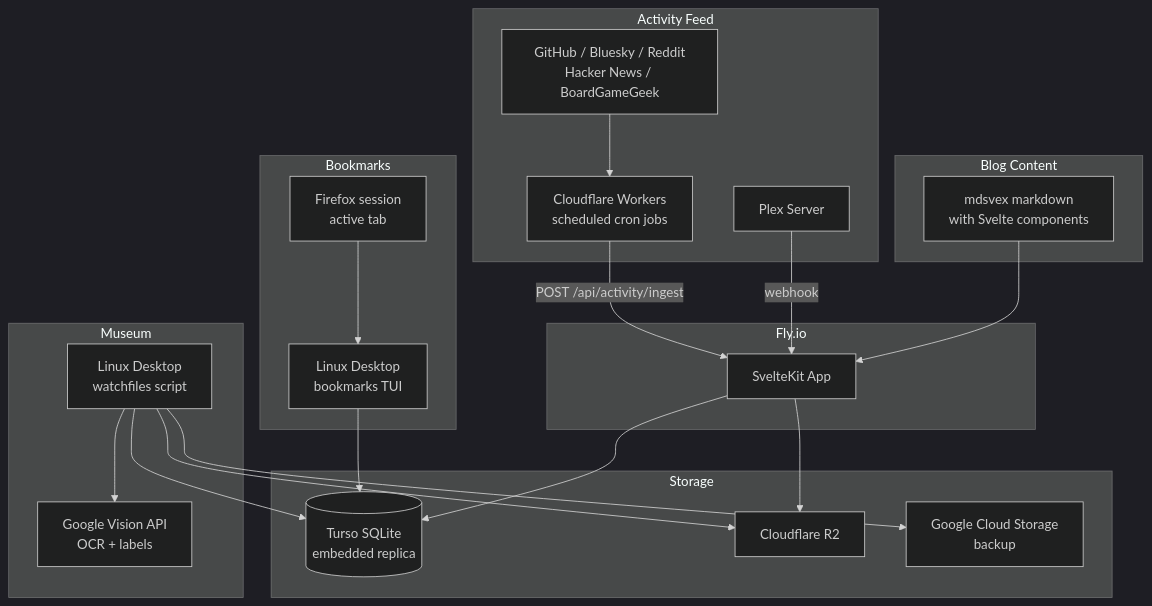
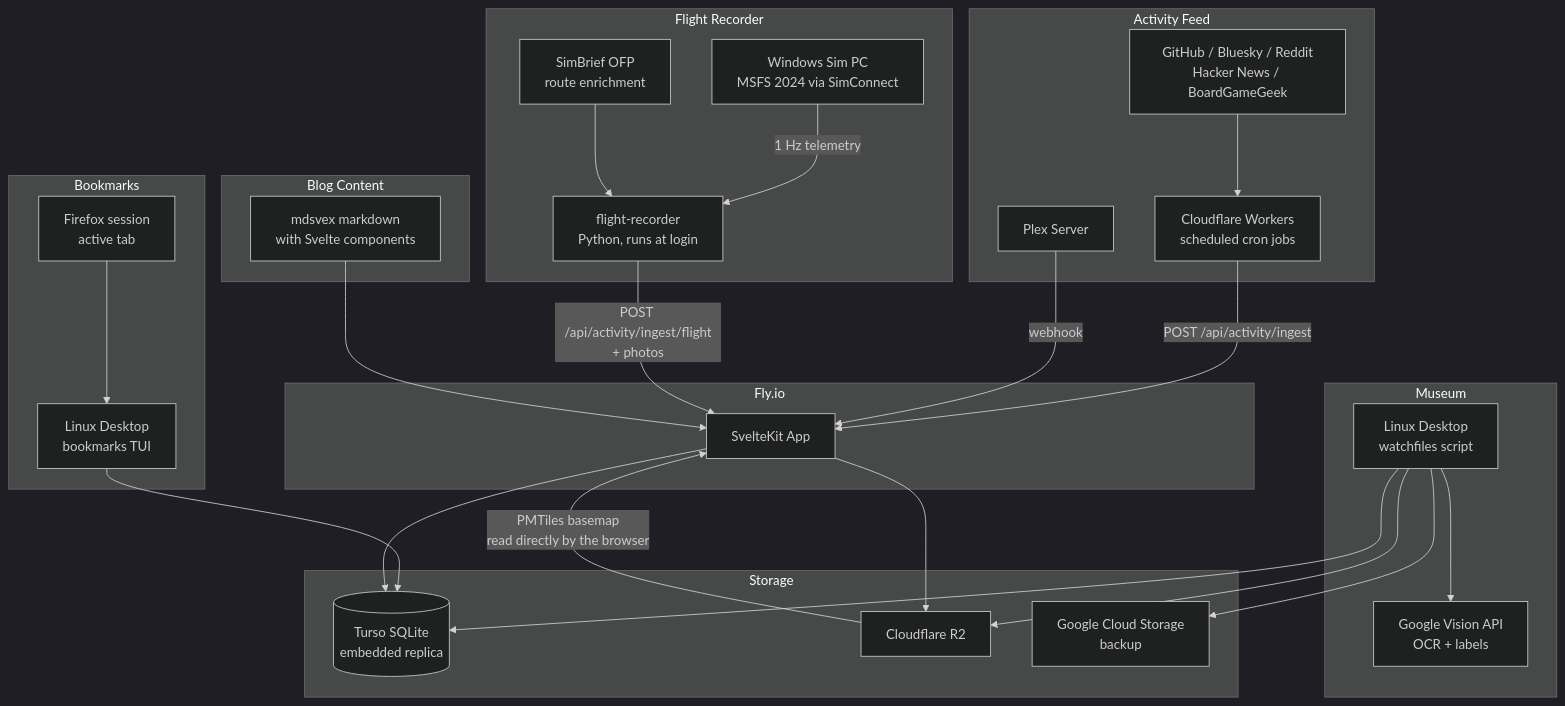
One commit to snide/davesnider.com changed the diagram in README.md. Above: the diagram before and after it, drawn with Mermaid (dark theme). The commit also changed other lines of this file and 77 other files, not shown here.

````diff
--- a/README.md
+++ b/README.md
@@ -11,48 +11,59 @@
 ```mermaid
 graph TB
     subgraph Activity["Activity Feed"]
         APIS[GitHub / Bluesky / Reddit<br/>Hacker News / BoardGameGeek]
         WORKERS[Cloudflare Workers<br/>scheduled cron jobs]
         PLEX[Plex Server]
     end
 
     subgraph Museum["Museum"]
         WATCH[Linux Desktop<br/>watchfiles script]
         VISION[Google Vision API<br/>OCR + labels]
     end
 
     subgraph Content["Blog Content"]
         MDSVEX[mdsvex markdown<br/>with Svelte components]
     end
 
     subgraph Bookmarks["Bookmarks"]
         TUI[Linux Desktop<br/>bookmarks TUI]
         FIREFOX[Firefox session<br/>active tab]
+    end
+
+    subgraph Flights["Flight Recorder"]
+        MSFS[Windows Sim PC<br/>MSFS 2024 via SimConnect]
+        RECORDER[flight-recorder<br/>Python, runs at login]
+        SIMBRIEF[SimBrief OFP<br/>route enrichment]
     end
 
     subgraph FLY["Fly.io"]
         APP[SvelteKit App]
     end
 
     subgraph Storage
         TURSO[(Turso SQLite<br/>embedded replica)]
         R2[Cloudflare R2]
         GCS[Google Cloud Storage<br/>backup]
     end
 
     APIS --> WORKERS
     WORKERS -->|POST /api/activity/ingest| APP
     PLEX -->|webhook| APP
 
     WATCH --> VISION
     WATCH --> R2
     WATCH --> GCS
     WATCH --> TURSO
 
     FIREFOX --> TUI
     TUI --> TURSO
 
+    MSFS -->|1 Hz telemetry| RECORDER
+    SIMBRIEF --> RECORDER
+    RECORDER -->|POST /api/activity/ingest/flight<br/>+ photos| APP
+    R2 -->|PMTiles basemap<br/>read directly by the browser| APP
+
     MDSVEX --> APP
     APP --> TURSO
     APP --> R2
 ```
````
